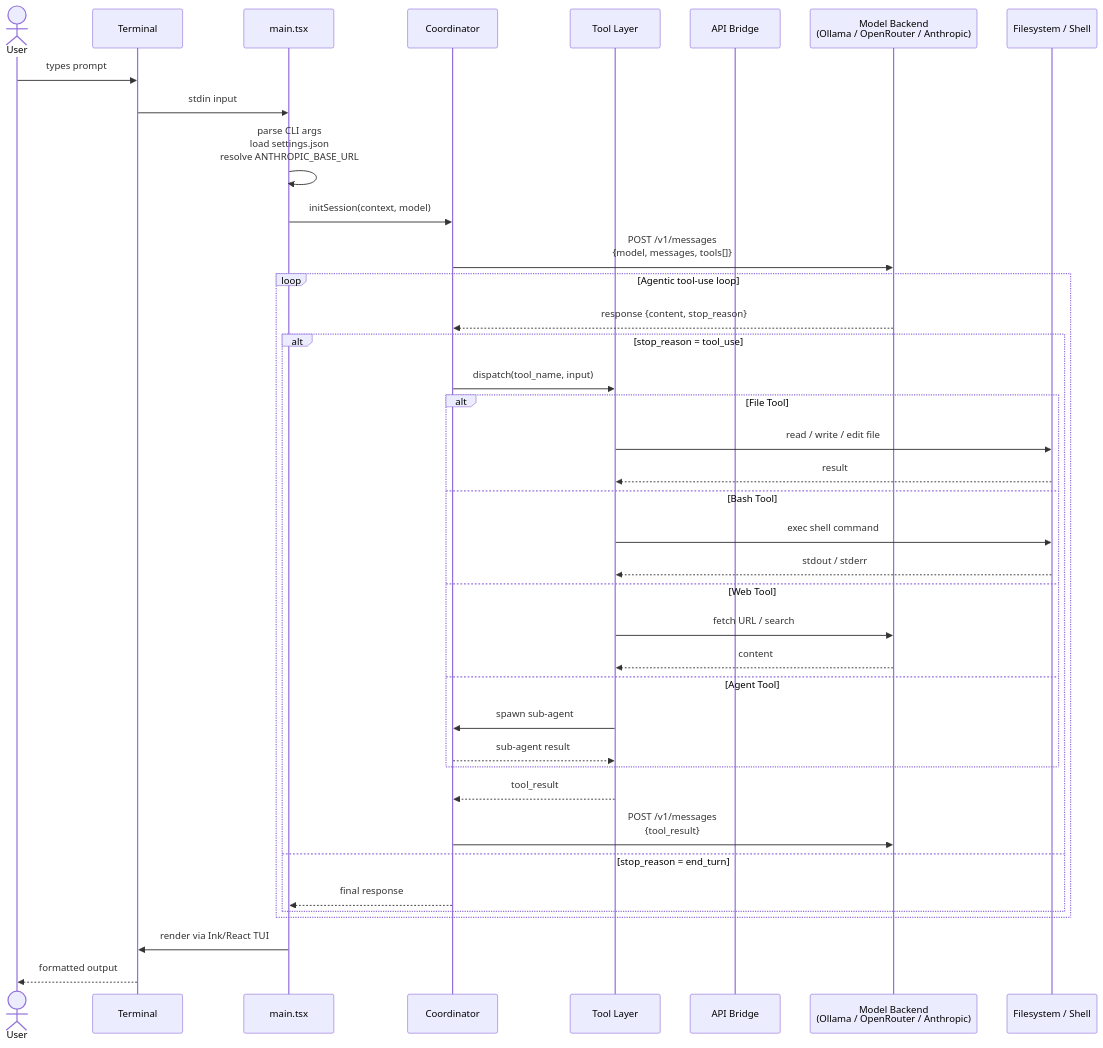
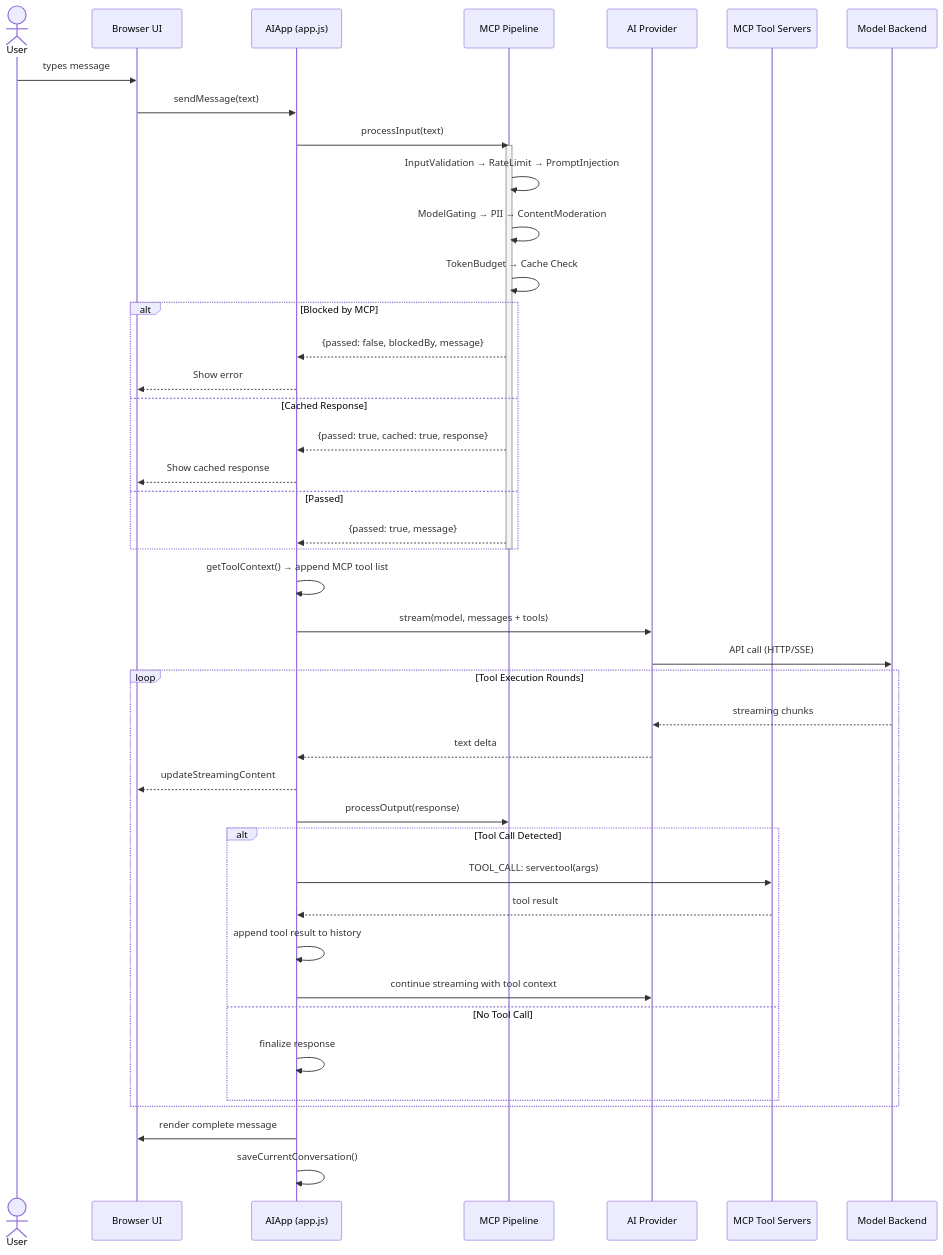
One commit to lily0ng/claude-code changed the second of 8 diagrams in README.md. Above: the diagram before and after it, drawn with Mermaid. The commit also changed other lines of this file and 3 other files, not shown here.

Commit message:
feat: enhanced model selection, 8 architecture diagrams, comprehensive README update

````diff
--- a/README.md
+++ b/README.md
@@ -104,45 +90,50 @@
 ```mermaid
 sequenceDiagram
     actor User
-    participant Term as Terminal
-    participant Main as main.tsx
-    participant Coord as Coordinator
-    participant Tools as Tool Layer
-    participant Bridge as API Bridge
-    participant Backend as Model Backend<br/>(Ollama / OpenRouter / Anthropic)
-    participant FS as Filesystem / Shell
+    participant UI as Browser UI
+    participant APP as AIApp (app.js)
+    participant MCP as MCP Pipeline
+    participant PROVIDER as AI Provider
+    participant SRV as MCP Tool Servers
+    participant BACKEND as Model Backend
 
-    User->>Term: types prompt
-    Term->>Main: stdin input
-    Main->>Main: parse CLI args<br/>load settings.json<br/>resolve ANTHROPIC_BASE_URL
+    User->>UI: types message
+    UI->>APP: sendMessage(text)
+    APP->>MCP: processInput(text)
+    activate MCP
+    MCP->>MCP: InputValidation → RateLimit → PromptInjection
+    MCP->>MCP: ModelGating → PII → ContentModeration
+    MCP->>MCP: TokenBudget → Cache Check
+    alt Blocked by MCP
+        MCP-->>APP: {passed: false, blockedBy, message}
+        APP-->>UI: Show error
+    else Cached Response
+        MCP-->>APP: {passed: true, cached: true, response}
+        APP-->>UI: Show cached response
+    else Passed
+        MCP-->>APP: {passed: true, message}
+    end
+    deactivate MCP
 
-    Main->>Coord: initSession(context, model)
-    Coord->>Backend: POST /v1/messages<br/>{model, messages, tools[]}
+    APP->>APP: getToolContext() → append MCP tool list
+    APP->>PROVIDER: stream(model, messages + tools)
+    PROVIDER->>BACKEND: API call (HTTP/SSE)
 
-    loop Agentic tool-use loop
-        Backend-->>Coord: response {content, stop_reason}
-        alt stop_reason = tool_use
-            Coord->>Tools: dispatch(tool_name, input)
-            alt File Tool
-                Tools->>FS: read / write / edit file
-                FS-->>Tools: result
-            else Bash Tool
-                Tools->>FS: exec shell command
-                FS-->>Tools: stdout / stderr
-            else Web Tool
-                Tools->>Backend: fetch URL / search
-                Backend-->>Tools: content
-            else Agent Tool
-                Tools->>Coord: spawn sub-agent
-                Coord-->>Tools: sub-agent result
-            end
-            Tools-->>Coord: tool_result
-            Coord->>Backend: POST /v1/messages<br/>{tool_result}
-        else stop_reason = end_turn
-            Coord-->>Main: final response
+    loop Tool Execution Rounds
+        BACKEND-->>PROVIDER: streaming chunks
+        PROVIDER-->>APP: text delta
+        APP-->>UI: updateStreamingContent
+        APP->>MCP: processOutput(response)
+        alt Tool Call Detected
+            APP->>SRV: TOOL_CALL: server.tool(args)
+            SRV-->>APP: tool result
+            APP->>APP: append tool result to history
+            APP->>PROVIDER: continue streaming with tool context
+        else No Tool Call
+            APP->>APP: finalize response
         end
     end
 
-    Main->>Term: render via Ink/React TUI
-    Term-->>User: formatted output
+    APP->>UI: render complete message
+    APP->>APP: saveCurrentConversation()
 ```
````
